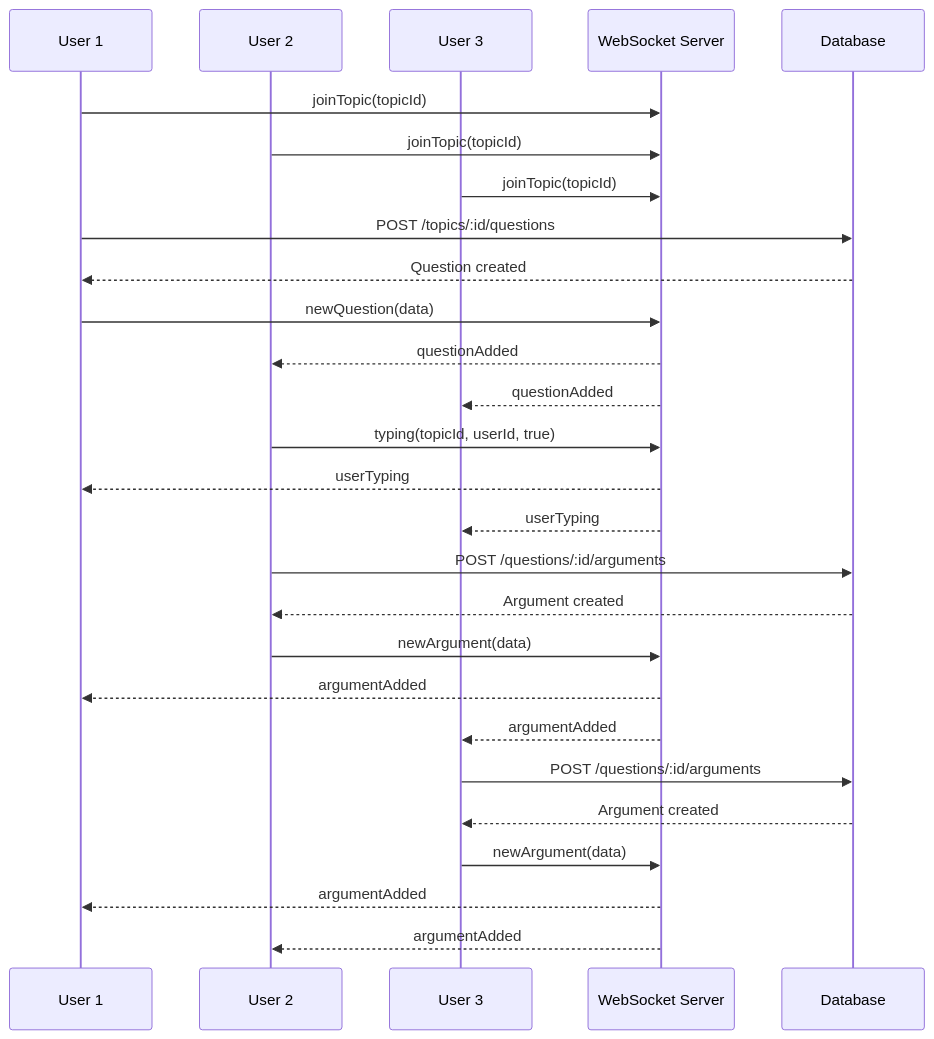
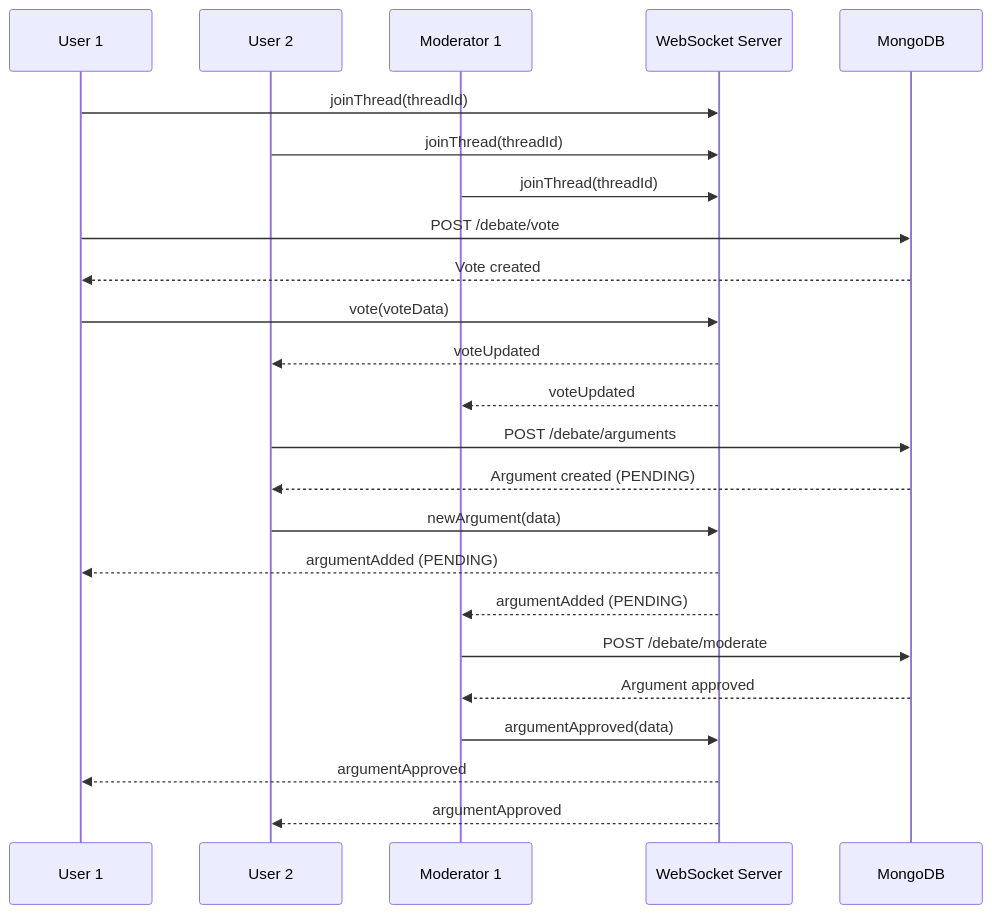
The fifth of 7 diagrams in DEBATE_SYSTEM_FLOW.md (server-craftsman/hcm201-restApi-with-nestjs-postgres), drawn with Mermaid before and after one commit. The commit also changed other lines of this file and 50 other files, not shown here.

First line of the commit message:
refactor(Debate System to use MongoDB with Mongoose and remove Prisma integration):

````diff
--- a/DEBATE_SYSTEM_FLOW.md
+++ b/DEBATE_SYSTEM_FLOW.md
@@ -154,34 +319,30 @@
 ```mermaid
 sequenceDiagram
     participant U1 as User 1
     participant U2 as User 2
-    participant U3 as User 3
+    participant M1 as Moderator 1
     participant WS as WebSocket Server
-    participant DB as Database
+    participant DB as MongoDB
 
-    U1->>WS: joinTopic(topicId)
-    U2->>WS: joinTopic(topicId)
-    U3->>WS: joinTopic(topicId)
+    U1->>WS: joinThread(threadId)
+    U2->>WS: joinThread(threadId)
+    M1->>WS: joinThread(threadId)
     
-    U1->>DB: POST /topics/:id/questions
-    DB-->>U1: Question created
-    U1->>WS: newQuestion(data)
-    WS-->>U2: questionAdded
-    WS-->>U3: questionAdded
+    U1->>DB: POST /debate/vote
+    DB-->>U1: Vote created
+    U1->>WS: vote(voteData)
+    WS-->>U2: voteUpdated
+    WS-->>M1: voteUpdated
     
-    U2->>WS: typing(topicId, userId, true)
-    WS-->>U1: userTyping
-    WS-->>U3: userTyping
+    U2->>DB: POST /debate/arguments
+    DB-->>U2: Argument created (PENDING)
+    U2->>WS: newArgument(data)
+    WS-->>U1: argumentAdded (PENDING)
+    WS-->>M1: argumentAdded (PENDING)
     
-    U2->>DB: POST /questions/:id/arguments
-    DB-->>U2: Argument created
-    U2->>WS: newArgument(data)
-    WS-->>U1: argumentAdded
-    WS-->>U3: argumentAdded
-    
-    U3->>DB: POST /questions/:id/arguments
-    DB-->>U3: Argument created
-    U3->>WS: newArgument(data)
-    WS-->>U1: argumentAdded
-    WS-->>U2: argumentAdded
+    M1->>DB: POST /debate/moderate
+    DB-->>M1: Argument approved
+    M1->>WS: argumentApproved(data)
+    WS-->>U1: argumentApproved
+    WS-->>U2: argumentApproved
 ```
````
